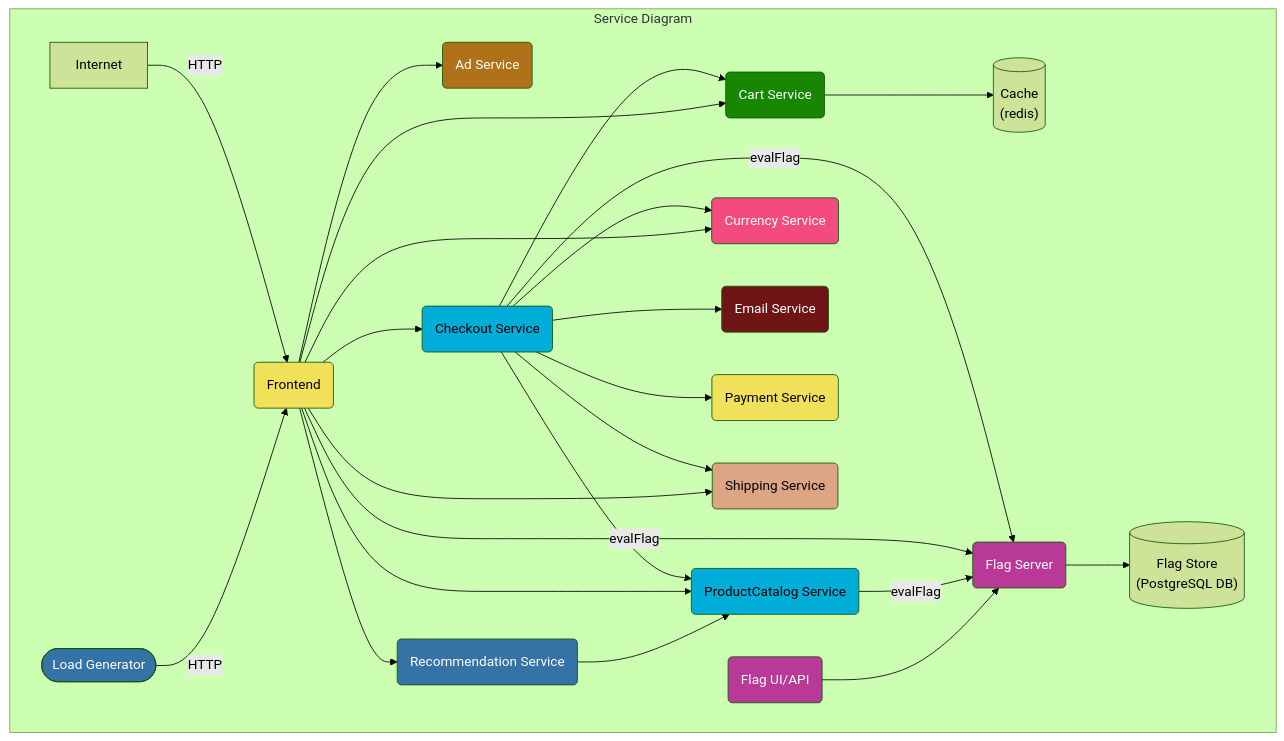
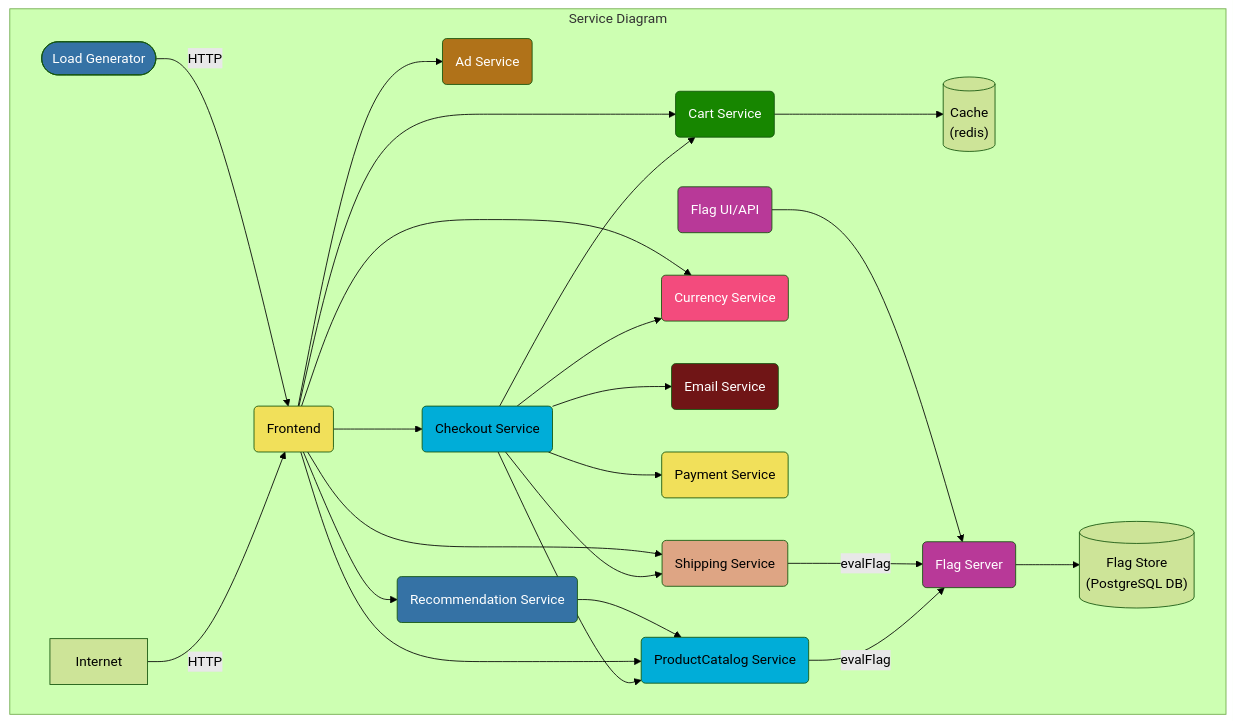
Before and after one commit to open-telemetry/opentelemetry-demo: the first of 2 diagrams in README.md, drawn with Mermaid (forest theme). The commit also changed other lines of this file and 3 other files, not shown here.

Commit message:
update ffs graph routes

````diff
--- a/README.md
+++ b/README.md
@@ -36,57 +35,57 @@
 ```mermaid
 graph TD
 
 subgraph Service Diagram
 adservice(Ad Service):::java
 cache[(Cache<br/>&#40redis&#41)]
 cartservice(Cart Service):::dotnet
 checkoutservice(Checkout Service):::golang
 currencyservice(Currency Service):::cpp
 emailservice(Email Service):::ruby
 frontend(Frontend):::javascript
 loadgenerator([Load Generator]):::python
 paymentservice(Payment Service):::javascript
 productcatalogservice(ProductCatalog Service):::golang
 recommendationservice(Recommendation Service):::python
 shippingservice(Shipping Service):::rust
 
 Internet -->|HTTP| frontend
 loadgenerator -->|HTTP| frontend
 
 checkoutservice --> cartservice --> cache
 checkoutservice --> productcatalogservice
 checkoutservice --> currencyservice
 checkoutservice --> emailservice
 checkoutservice --> paymentservice
 checkoutservice --> shippingservice
-checkoutservice --> |evalFlag| featureflagbeservice
 
 frontend --> adservice
 frontend --> cartservice
 frontend --> productcatalogservice
 frontend --> checkoutservice
 frontend --> currencyservice
 frontend --> recommendationservice --> productcatalogservice
 frontend --> shippingservice
-frontend --> |evalFlag| featureflagbeservice
 
 productcatalogservice --> |evalFlag| featureflagbeservice
+
+shippingservice --> |evalFlag| featureflagbeservice
 
 featureflagbeservice(Flag Server):::erlang
 featureflagfeservice(Flag UI/API):::erlang
 featureflagstore[(Flag Store<br/>&#40PostgreSQL DB&#41)]
 
 featureflagfeservice --> featureflagbeservice --> featureflagstore
 
 end
 classDef java fill:#b07219,color:white;
 classDef dotnet fill:#178600,color:white;
 classDef golang fill:#00add8,color:black;
 classDef cpp fill:#f34b7d,color:white;
 classDef ruby fill:#701516,color:white;
 classDef python fill:#3572A5,color:white;
 classDef javascript fill:#f1e05a,color:black;
 classDef rust fill:#dea584,color:black;
 classDef erlang fill:#b83998,color:white;
 classDef php fill:#4f5d95,color:white;
 ```
````
